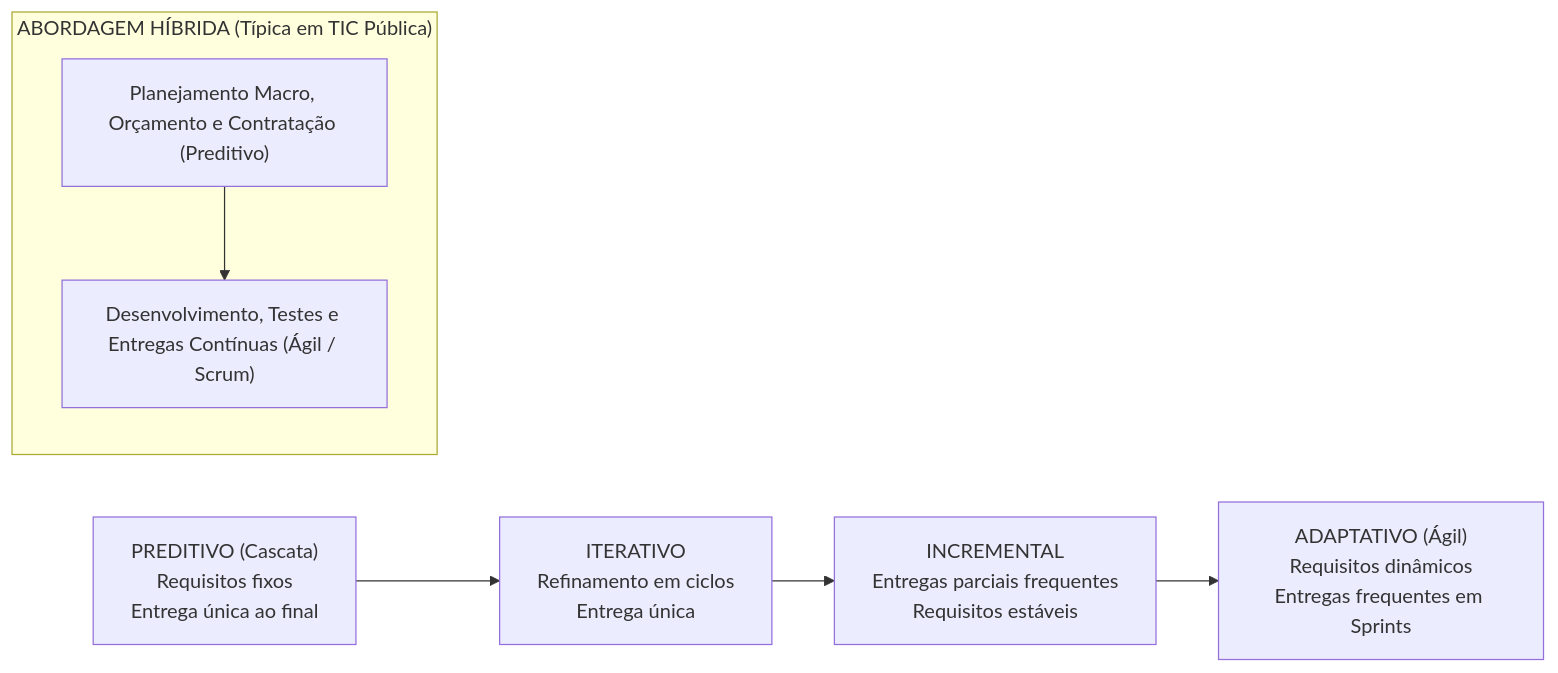
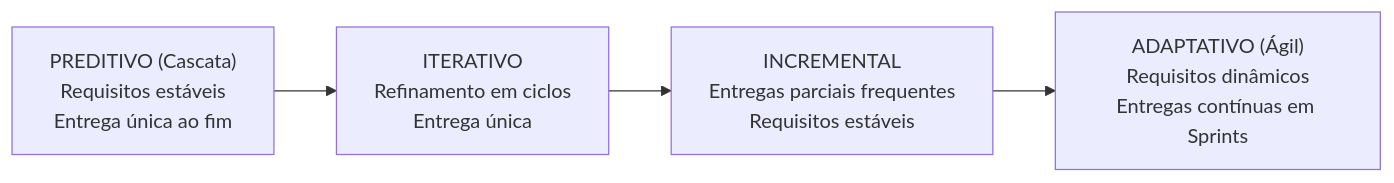
Before and after one commit to thiagosantos346/TCE-GO-2027: the third of 4 diagrams in fontes_de_estudo/conhecimentos_especificos_b02_ti/12_governanca_de_ti/03_gestao_de_projetos_pmbok_8_edicao_e_metodos_ageis.md, drawn with Mermaid. The commit also changed other lines of this file and 119 other files, not shown here.

````diff
--- a/fontes_de_estudo/conhecimentos_especificos_b02_ti/12_governanca_de_ti/03_gestao_de_projetos_pmbok_8_edicao_e_metodos_ageis.md
+++ b/fontes_de_estudo/conhecimentos_especificos_b02_ti/12_governanca_de_ti/03_gestao_de_projetos_pmbok_8_edicao_e_metodos_ageis.md
@@ -157,12 +151,6 @@
 ```mermaid
 flowchart LR
-    PRED["PREDITIVO (Cascata)<br/>Requisitos fixos<br/>Entrega única ao final"] --> ITER["ITERATIVO<br/>Refinamento em ciclos<br/>Entrega única"]
+    PRED["PREDITIVO (Cascata)<br/>Requisitos estáveis<br/>Entrega única ao fim"] --> ITER["ITERATIVO<br/>Refinamento em ciclos<br/>Entrega única"]
     ITER --> INCR["INCREMENTAL<br/>Entregas parciais frequentes<br/>Requisitos estáveis"]
-    INCR --> ADAP["ADAPTATIVO (Ágil)<br/>Requisitos dinâmicos<br/>Entregas frequentes em Sprints"]
-    
-    subgraph HIBRIDO["ABORDAGEM HÍBRIDA (Típica em TIC Pública)"]
-        H1["Planejamento Macro, Orçamento e Contratação (Preditivo)"]
-        H2["Desenvolvimento, Testes e Entregas Contínuas (Ágil / Scrum)"]
-        H1 --> H2
-    end
+    INCR --> ADAP["ADAPTATIVO (Ágil)<br/>Requisitos dinâmicos<br/>Entregas contínuas em Sprints"]
 ```
````
